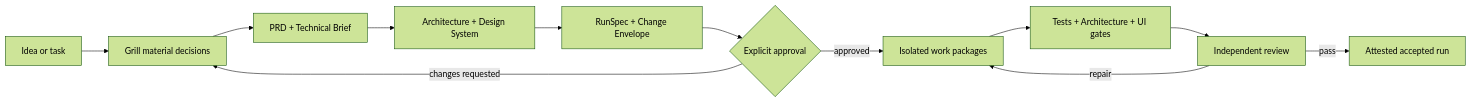
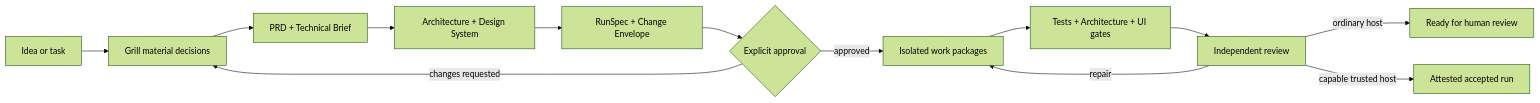
One commit to Cartograf666/alex-ter-vibeskills changed the diagram in README.md. Above: the diagram before and after it, drawn with Mermaid (forest theme). The commit also changed other lines of this file and 61 other files, not shown here.

````diff
--- a/README.md
+++ b/README.md
@@ -104,14 +104,15 @@
 ```mermaid
 flowchart LR
     A["Idea or task"] --> B["Grill material decisions"]
     B --> C["PRD + Technical Brief"]
     C --> D["Architecture + Design System"]
     D --> E["RunSpec + Change Envelope"]
     E --> F{"Explicit approval"}
     F -->|approved| G["Isolated work packages"]
     F -->|changes requested| B
     G --> H["Tests + Architecture + UI gates"]
     H --> I["Independent review"]
-    I -->|pass| J["Attested accepted run"]
+    I -->|ordinary host| J["Ready for human review"]
+    I -->|capable trusted host| K["Attested accepted run"]
     I -->|repair| G
 ```
````
